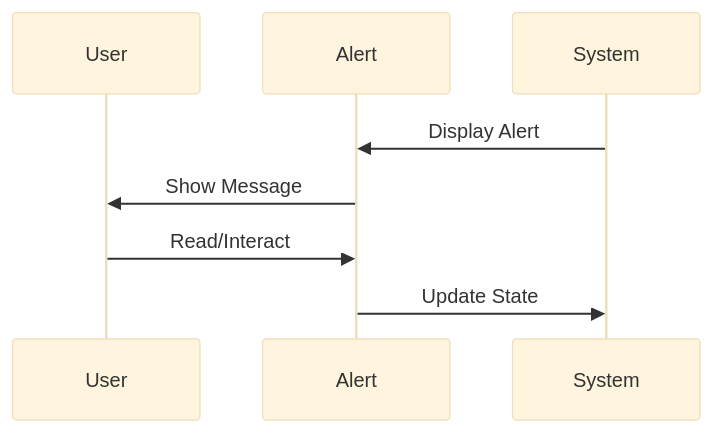
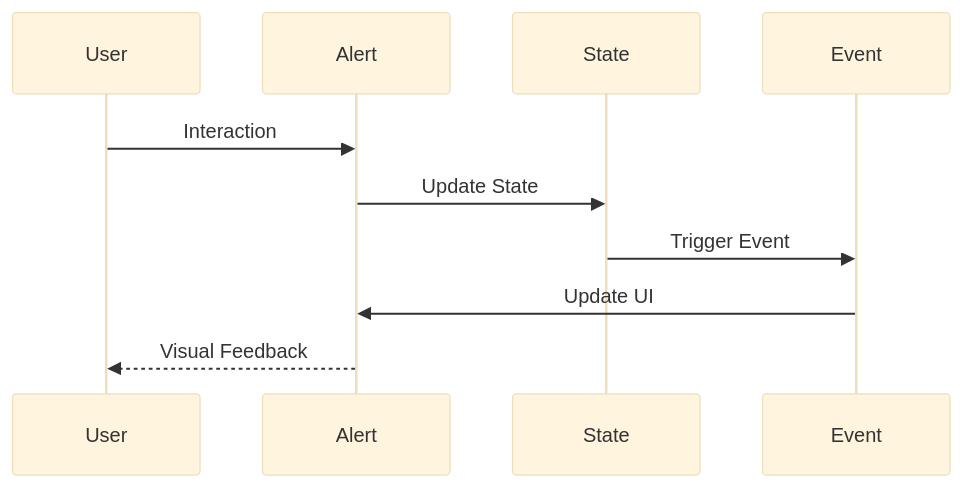
Before and after one commit to gedeza/thrive-send: the second of 3 diagrams in DOCS/components/feedback/Alert.md, drawn with Mermaid (base theme). The commit also changed other lines of this file and 25 other files, not shown here.

````diff
--- a/DOCS/components/feedback/Alert.md
+++ b/DOCS/components/feedback/Alert.md
@@ -25,11 +39,13 @@
 ```mermaid
 sequenceDiagram
     participant U as User
     participant A as Alert
-    participant S as System
+    participant S as State
+    participant E as Event
     
-    S->>A: Display Alert
-    A->>U: Show Message
-    U->>A: Read/Interact
+    U->>A: Interaction
     A->>S: Update State
+    S->>E: Trigger Event
+    E->>A: Update UI
+    A-->>U: Visual Feedback
 ```
````
